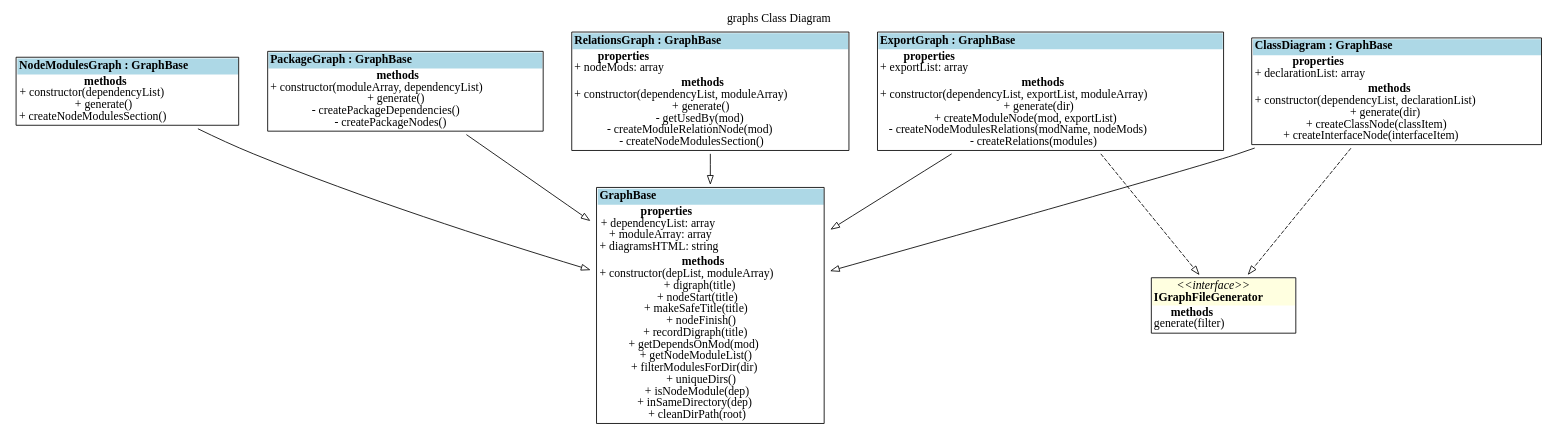
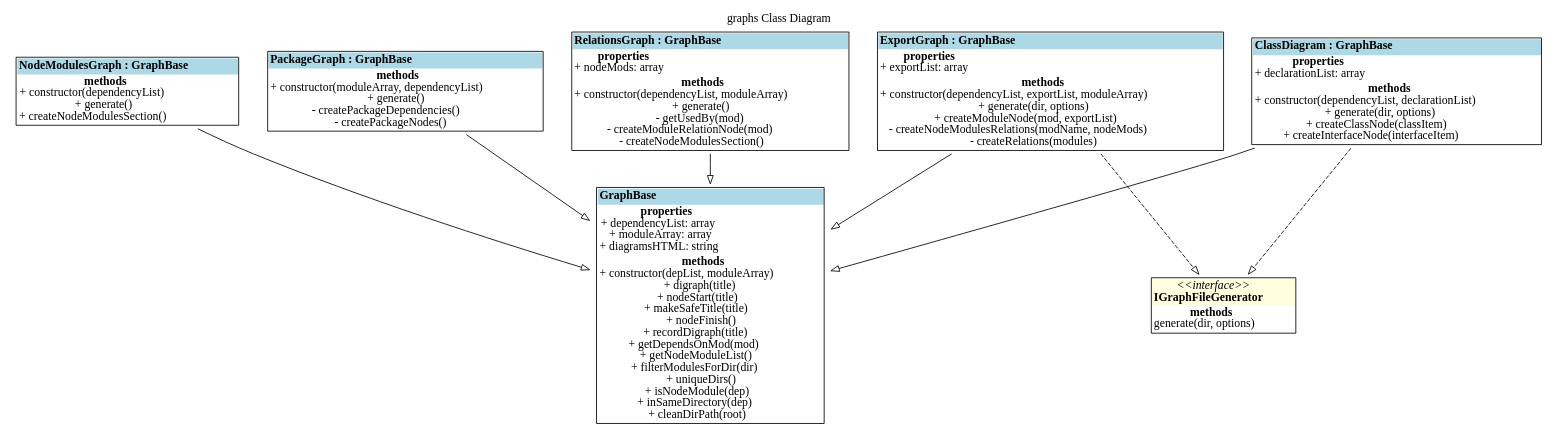
The diagram in dep-graph-ts/graphs_ClassDiagram.dot (fleebe/GitHubPages), drawn with Graphviz before and after one commit. The commit also changed 110 other files, not shown here.

Commit message:
Update docs for dep-graph-ts from fleebe/dep-graph-ts workflow

```diff
--- a/dep-graph-ts/graphs_ClassDiagram.dot
+++ b/dep-graph-ts/graphs_ClassDiagram.dot
@@ -1,101 +1,101 @@
 digraph {label="graphs Class Diagram";
 labelloc="t";
 "ClassDiagram" [shape=none, label=<<TABLE cellspacing="0" cellborder="0" align="left">
 <TR><TD align="left" bgcolor="lightblue"><B>ClassDiagram : GraphBase</B></TD></TR>
 <TR><TD align="left"><B>properties</B><BR/>
 + declarationList: array<BR/>
 </TD></TR>
 <TR><TD align="left"><B>methods</B><BR/>
 + constructor(dependencyList, declarationList)<BR/>
-+ generate(dir)<BR/>
++ generate(dir, options)<BR/>
 + createClassNode(classItem)<BR/>
 + createInterfaceNode(interfaceItem)<BR/>
 </TD></TR>
 </TABLE>>];
 "ClassDiagram"->"GraphBase" [arrowhead=empty, style=solid];
 "ClassDiagram"->"IGraphFileGenerator" [arrowhead=empty, style=dashed];
 
 "ExportGraph" [shape=none, label=<<TABLE cellspacing="0" cellborder="0" align="left">
 <TR><TD align="left" bgcolor="lightblue"><B>ExportGraph : GraphBase</B></TD></TR>
 <TR><TD align="left"><B>properties</B><BR/>
 + exportList: array<BR/>
 </TD></TR>
 <TR><TD align="left"><B>methods</B><BR/>
 + constructor(dependencyList, exportList, moduleArray)<BR/>
-+ generate(dir)<BR/>
++ generate(dir, options)<BR/>
 + createModuleNode(mod, exportList)<BR/>
 - createNodeModulesRelations(modName, nodeMods)<BR/>
 - createRelations(modules)<BR/>
 </TD></TR>
 </TABLE>>];
 "ExportGraph"->"GraphBase" [arrowhead=empty, style=solid];
 "ExportGraph"->"IGraphFileGenerator" [arrowhead=empty, style=dashed];
 
 "GraphBase" [shape=none, label=<<TABLE cellspacing="0" cellborder="0" align="left">
 <TR><TD align="left" bgcolor="lightblue"><B>GraphBase</B></TD></TR>
 <TR><TD align="left"><B>properties</B><BR/>
 + dependencyList: array<BR/>
 + moduleArray: array<BR/>
 + diagramsHTML: string<BR/>
 </TD></TR>
 <TR><TD align="left"><B>methods</B><BR/>
 + constructor(depList, moduleArray)<BR/>
 + digraph(title)<BR/>
 + nodeStart(title)<BR/>
 + makeSafeTitle(title)<BR/>
 + nodeFinish()<BR/>
 + recordDigraph(title)<BR/>
 + getDependsOnMod(mod)<BR/>
 + getNodeModuleList()<BR/>
 + filterModulesForDir(dir)<BR/>
 + uniqueDirs()<BR/>
 + isNodeModule(dep)<BR/>
 + inSameDirectory(dep)<BR/>
 + cleanDirPath(root)<BR/>
 </TD></TR>
 </TABLE>>];
 
 "IGraphFileGenerator" [shape=none, label=<<TABLE cellspacing="0" cellborder="0" align="left">
 <TR><TD align="center" bgcolor="lightyellow"><I>&lt;&lt;interface&gt;&gt;</I><BR/><B>IGraphFileGenerator</B></TD></TR>
 <TR><TD align="left"><B>methods</B><BR/>
-generate(filter)<BR/>
+generate(dir, options)<BR/>
 </TD></TR>
 </TABLE>>];
 
 "NodeModulesGraph" [shape=none, label=<<TABLE cellspacing="0" cellborder="0" align="left">
 <TR><TD align="left" bgcolor="lightblue"><B>NodeModulesGraph : GraphBase</B></TD></TR>
 <TR><TD align="left"><B>methods</B><BR/>
 + constructor(dependencyList)<BR/>
 + generate()<BR/>
 + createNodeModulesSection()<BR/>
 </TD></TR>
 </TABLE>>];
 "NodeModulesGraph"->"GraphBase" [arrowhead=empty, style=solid];
 
 "PackageGraph" [shape=none, label=<<TABLE cellspacing="0" cellborder="0" align="left">
 <TR><TD align="left" bgcolor="lightblue"><B>PackageGraph : GraphBase</B></TD></TR>
 <TR><TD align="left"><B>methods</B><BR/>
 + constructor(moduleArray, dependencyList)<BR/>
 + generate()<BR/>
 - createPackageDependencies()<BR/>
 - createPackageNodes()<BR/>
 </TD></TR>
 </TABLE>>];
 "PackageGraph"->"GraphBase" [arrowhead=empty, style=solid];
 
 "RelationsGraph" [shape=none, label=<<TABLE cellspacing="0" cellborder="0" align="left">
 <TR><TD align="left" bgcolor="lightblue"><B>RelationsGraph : GraphBase</B></TD></TR>
 <TR><TD align="left"><B>properties</B><BR/>
 + nodeMods: array<BR/>
 </TD></TR>
 <TR><TD align="left"><B>methods</B><BR/>
 + constructor(dependencyList, moduleArray)<BR/>
 + generate()<BR/>
 - getUsedBy(mod)<BR/>
 - createModuleRelationNode(mod)<BR/>
 - createNodeModulesSection()<BR/>
 </TD></TR>
 </TABLE>>];
 "RelationsGraph"->"GraphBase" [arrowhead=empty, style=solid];
 
 }
```
